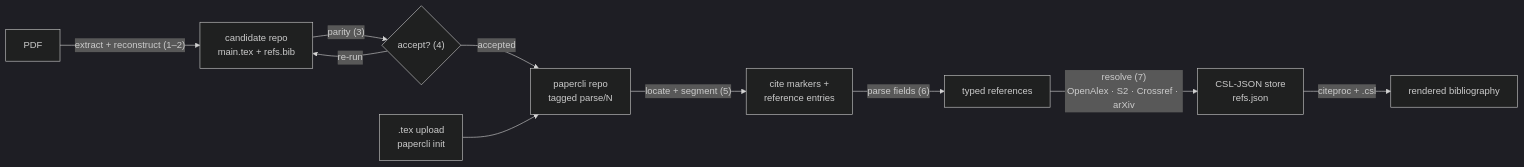
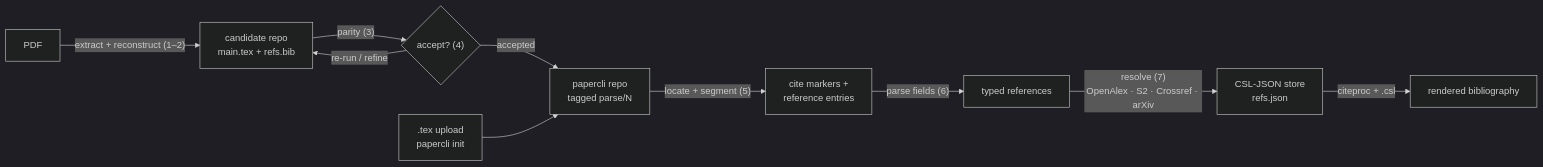
Before and after one commit to endremborza/pia: the diagram in docs/citation-parsing.md, drawn with Mermaid (dark theme). The commit also changed other lines of this file, not shown here.

````diff
--- a/docs/citation-parsing.md
+++ b/docs/citation-parsing.md
@@ -27,12 +27,12 @@
 ```mermaid
 flowchart LR
     P[PDF] -->|"extract + reconstruct (1–2)"| G["candidate repo<br>main.tex + refs.bib"]
     G -->|"parity (3)"| V{"accept? (4)"}
-    V -->|"re-run"| G
+    V -->|"re-run / refine"| G
     V -->|accepted| L["papercli repo<br>tagged parse/N"]
     T[".tex upload<br>papercli init"] --> L
     L -->|"locate + segment (5)"| M["cite markers +<br>reference entries"]
     M -->|"parse fields (6)"| R[typed references]
     R -->|"resolve (7)<br>OpenAlex · S2 · Crossref · arXiv"| C["CSL-JSON store<br>refs.json"]
     C -->|citeproc + .csl| B[rendered bibliography]
 ```
````
